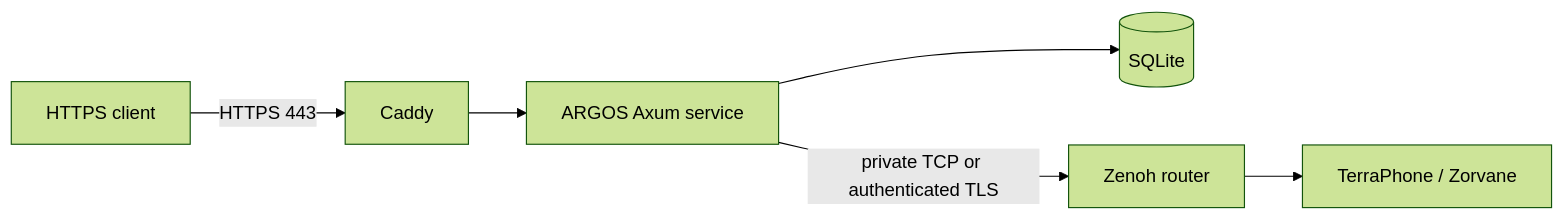
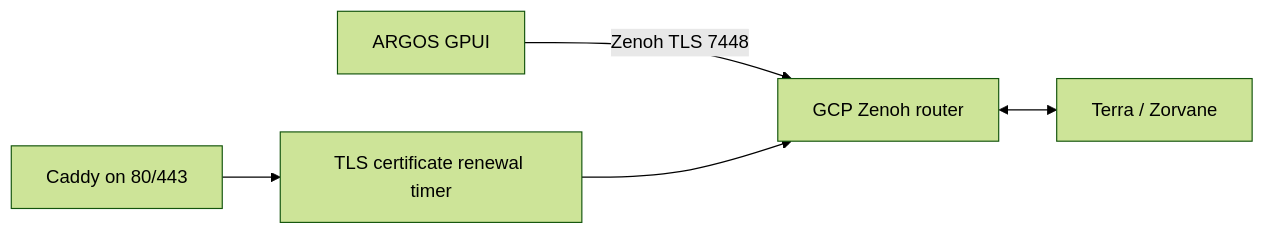
One commit to Super-Yojan/ARGOS changed the diagram in docs/deployment.md. Above: the diagram before and after it, drawn with Mermaid (forest theme). The commit also changed other lines of this file and 134 other files, not shown here.

````diff
--- a/docs/deployment.md
+++ b/docs/deployment.md
@@ -5,8 +8,7 @@
 ```mermaid
 flowchart LR
-  client[HTTPS client] -->|HTTPS 443| caddy[Caddy]
-  caddy --> server[ARGOS Axum service]
-  server --> db[(SQLite)]
-  server -->|private TCP or authenticated TLS| router[Zenoh router]
-  router --> terra[TerraPhone / Zorvane]
+  app[ARGOS GPUI] -->|Zenoh TLS 7448| router[GCP Zenoh router]
+  router <--> vehicles[Terra / Zorvane]
+  caddy[Caddy on 80/443] --> cert[TLS certificate renewal timer]
+  cert --> router
 ```
````
